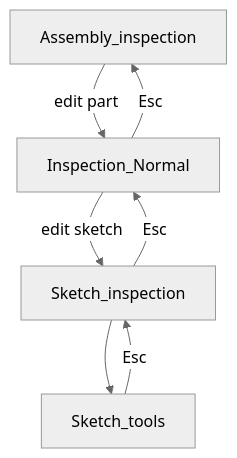
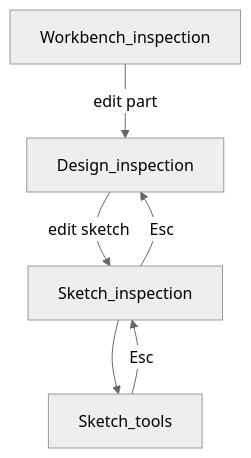
One commit to trailcode/EzyCad changed the first of 2 diagrams in agents/plans/assembly-inspection-mode.md. Above: the diagram before and after it, drawn with Mermaid (neutral theme). The commit also changed other lines of this file and 50 other files, not shown here.

````diff
--- a/agents/plans/assembly-inspection-mode.md
+++ b/agents/plans/assembly-inspection-mode.md
@@ -33,13 +33,12 @@
 ```mermaid
 flowchart TB
-  assemblyIdle[Assembly_inspection]
-  partIdle[Inspection_Normal]
+  workbenchIdle[Workbench_inspection]
+  designIdle[Design_inspection]
   sketchIdle[Sketch_inspection]
   sketchTools[Sketch_tools]
-  assemblyIdle -->|"edit part"| partIdle
-  partIdle -->|"edit sketch"| sketchIdle
+  workbenchIdle -->|"edit part"| designIdle
+  designIdle -->|"edit sketch"| sketchIdle
   sketchIdle --> sketchTools
   sketchTools -->|"Esc"| sketchIdle
-  sketchIdle -->|"Esc"| partIdle
-  partIdle -->|"Esc"| assemblyIdle
+  sketchIdle -->|"Esc"| designIdle
 ```
````
